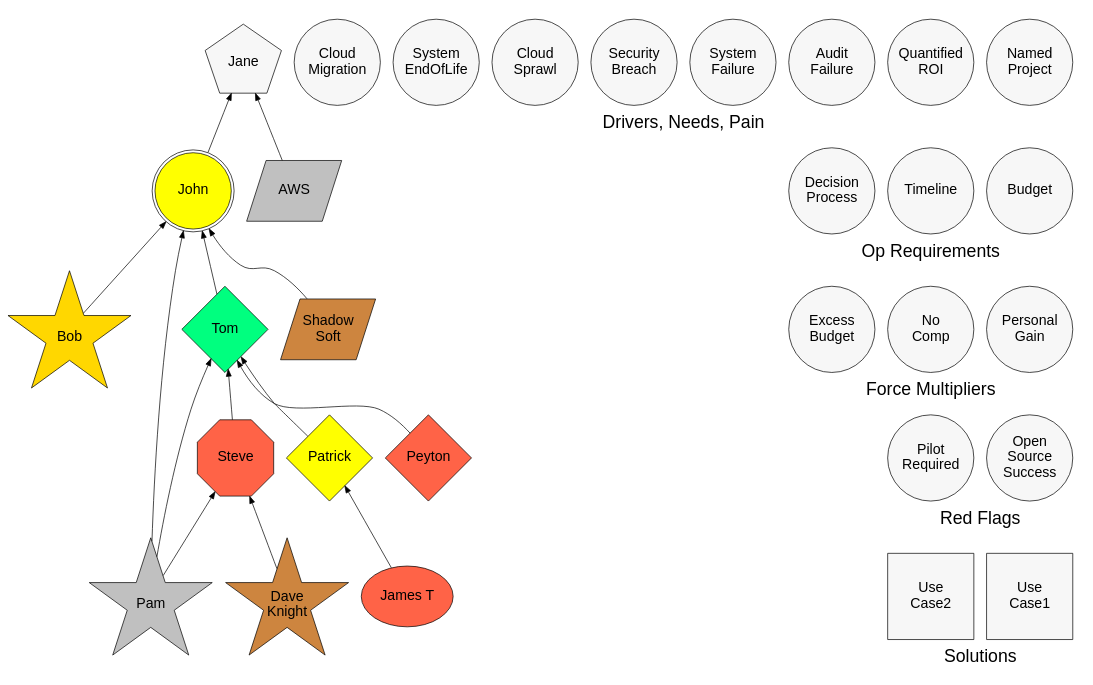
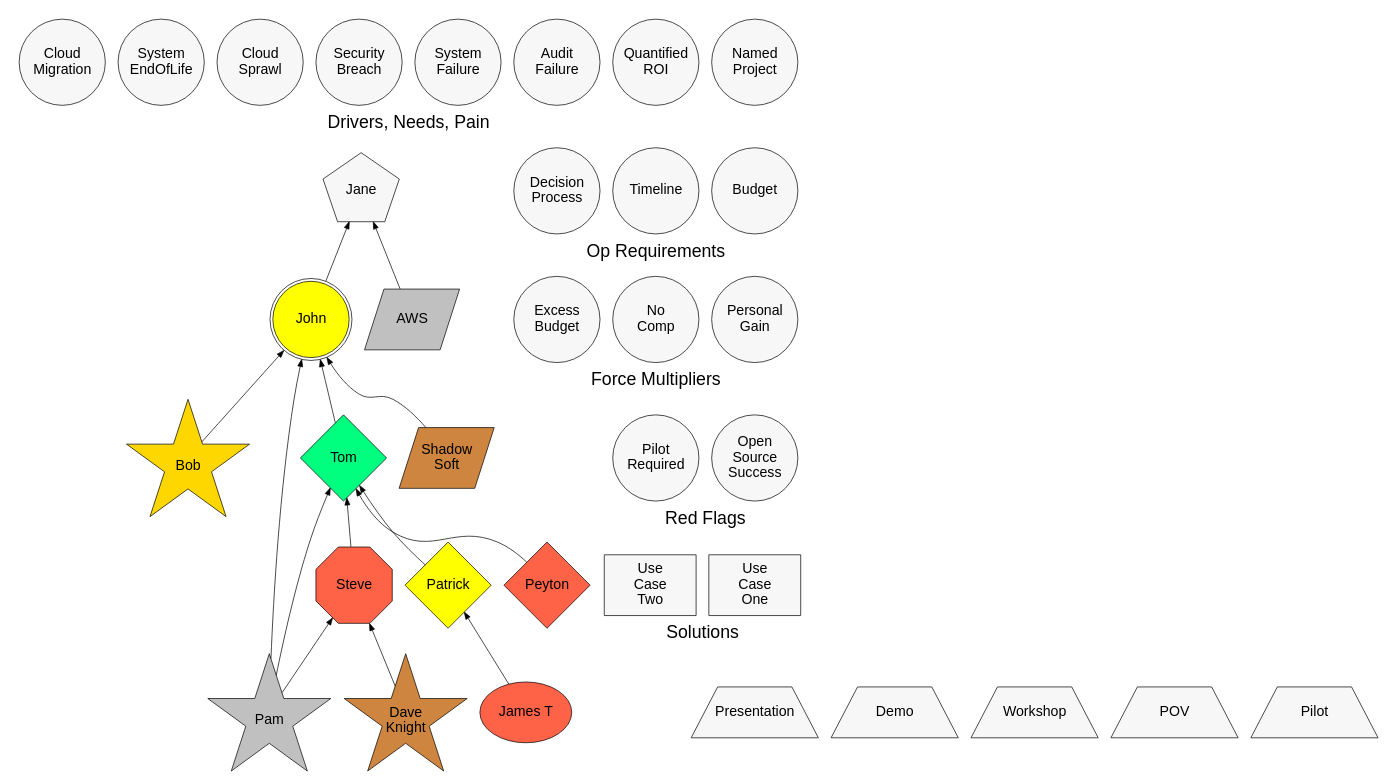
One commit to joshuaNjordan85/SouthStrategicOps changed the diagram in example.dot. Above: the diagram before and after it, drawn with Graphviz.

Commit message:
Org and influence only example

```diff
--- a/example.dot
+++ b/example.dot
@@ -97,10 +97,135 @@
 AWS [label="AWS", fillcolor=silver]
 ShadowSoft [label="Shadow\nSoft", fillcolor=peru]
 
+//
+// Sale Indicators
+//
+
+// Colors:
+//    For all sales indicators other than red flags:
+//    True: springgreen 
+//    False: grey97 
+//    For red flags:
+//    True: tomato 
+//    False: grey97 
+  
+
+subgraph cluster_advantages {
+  // Colors: 
+  label = "Force Multipliers"
+  node [shape=circle, width=1.7, height=1.7]
+
+  PersonalGain [label="Personal\nGain", fillcolor=grey97] // Seeking career advancement, or trying to save job 
+  NoComp [label="No\nComp", fillcolor=grey97]       // No external competition or RFP
+  ExcessBudget [label="Excess\nBudget", fillcolor=grey97] // Use it or lose it
+  {rank=same PersonalGain NoComp ExcessBudget}
+}
+
+subgraph cluster_redflags {
+  // Colors: 
+  label = "Red Flags"
+  node [shape=circle, width=1.7, height=1.7]
+
+  OSS [label="Open\nSource\nSuccess"] 
+  OnPrem [label="Pilot\nRequired"] 
+  {rank=same "OSS" "OnPrem"}
+}
+
+
+subgraph cluster_tablestakes {
+  label = "Op Requirements"
+  node [shape=circle, width=1.7, height=1.7]
+
+  // BanT
+  // The "a" are the executive and buyer nodes.
+  // The "n" are the various Drivers, Needs and Pain nodes. 
+  Budget 
+  Timeline
+
+  // meDDic (Decision criteria and process)
+  // The "e" is the buyer node. The "c" is the champion node.
+  // The "m" is the Quantified ROI (money made or saved) 
+  // The "i" are the various Drivers, Needs and Pain nodes 
+  DecisionProcess [label="Decision\nProcess"]
+  {rank=same Budget Timeline DecisionProcess}
+}
+
+subgraph cluster_needs {
+  label = "Drivers, Needs, Pain"
+  node [shape=circle, width=1.7, height=1.7]
+
+  // Business Drivers  BANT needs / MEDDIC pain
+  NamedProject [label="Named\nProject"] // This means there is a planned business initiative
+  QuantifiedROI [label="Quantified\nROI"]
+  AuditFailure [label="Audit\nFailure"]
+  SystemFailure [label="System\nFailure"]
+  SecurityBreach [label="Security\nBreach"]
+  CloudSprawl [label="Cloud\nSprawl"] 
+  SystemEndOfLife [label="System\nEndOfLife"] 
+  CloudMigration [label="Cloud\nMigration"]
+  {rank=same "NamedProject" "AuditFailure" "SystemFailure" "SecurityBreach" "CloudSprawl" "SystemEndOfLife" "CloudMigration"}
+}
+
+//
+// Solutions 
+//
+
+subgraph cluster_solutions {
+  // Use "UseCase<#>" convention!
+  label = "Solutions"
+  node [shape=box]
+
+  UseCase1 [label="Use\nCase\nOne"] 
+  UseCase2 [label="Use\nCase\nTwo"] 
+  {rank=same "UseCase1" "UseCase2"} 
+}
+
+//
+// SE Activities
+//
+subgraph se_activities {
+  label = "SE Activities"
+  node [shape=trapezium, width=2.5, height=1.0]
+
+  Presentation [label="Presentation"] 
+  Demo [label="Demo"] 
+  Workshop [label="Workshop"] 
+  POV [label="POV"] 
+  Pilot [label="Pilot"] 
+  {rank=same Presentation Demo Workshop POV Pilot} 
+}
+
+ 
+
+//
+// Rank Config
+// These edges are invisible. Pick first node in a rank, and 
+// tie it to the first node in another rank to force a hierarchy
+//
+
+edge [style=invis]
+
+// Rank 1 - Drivers/Needs/Pains
+Budget -> NamedProject
+
+// Rank 2 - Opportunity Requirements
+PersonalGain -> Budget
+
+// Rank 3 - Force Multipliers
+OSS -> PersonalGain
+
+// Rank 4 - Red flags
+UseCase1 -> OSS
+
+// Rank 5 - Solutions
+// Rank N - SE Activities
+Presentation -> UseCase1
+
 
 //
 // Influence
 //
+edge [style=solid]
 
 JohnSmith -> JaneSmith
 AWS -> JaneSmith
@@ -123,108 +248,19 @@
 //
 // Intelligence
 //
-
-edge [style=invis]
-
+edge [style=dashed]
+/*
+BobSmith -> DecisionProcess
+BobSmith -> Budget 
+JohnSmith -> Budget
+*/
 
 //
-// Sale Indicators
+// Activity 
 //
+edge [style=dashed]
 
-node [shape=circle, width=1.7, height=1.7]
-// Colors:
-//    For all sales indicators other than red flags:
-//    True: springgreen 
-//    False: grey97 
-//    For red flags:
-//    True: tomato 
-//    False: grey97 
-  
-
-subgraph cluster_advantages {
-  // Colors: 
-  label = "Force Multipliers"
-
-  PersonalGain [label="Personal\nGain", fillcolor=grey97] // Seeking career advancement, or trying to save job 
-  NoComp [label="No\nComp", fillcolor=grey97]       // No external competition or RFP
-  ExcessBudget [label="Excess\nBudget", fillcolor=grey97] // Use it or lose it
-  {rank=same PersonalGain NoComp ExcessBudget}
+/*
+Presentation -> DaveKnight 
+*/
 }
-
-subgraph cluster_redflags {
-  // Colors: 
-  label = "Red Flags"
-  OSS [label="Open\nSource\nSuccess"] 
-  Pilot [label="Pilot\nRequired"] 
-  {rank=same "OSS" "Pilot"}
-}
-
-
-subgraph cluster_tablestakes {
-  label = "Op Requirements"
-
-  // BanT
-  // The "a" are the executive and buyer nodes.
-  // The "n" are the various Drivers, Needs and Pain nodes. 
-  Budget 
-  Timeline
-
-  // meDDic (Decision criteria and process)
-  // The "e" is the buyer node. The "c" is the champion node.
-  // The "m" is the Quantified ROI (money made or saved) 
-  // The "i" are the various Drivers, Needs and Pain nodes 
-  DecisionProcess [label="Decision\nProcess"]
-  {rank=same Budget Timeline DecisionProcess}
-}
-
-subgraph cluster_needs {
-  label = "Drivers, Needs, Pain"
-  // Business Drivers  BANT needs / MEDDIC pain
-  NamedProject [label="Named\nProject"] // This means there is a planned business initiative
-  QuantifiedROI [label="Quantified\nROI"]
-  AuditFailure [label="Audit\nFailure"]
-  SystemFailure [label="System\nFailure"]
-  SecurityBreach [label="Security\nBreach"]
-  CloudSprawl [label="Cloud\nSprawl"] 
-  SystemEndOfLife [label="System\nEndOfLife"] 
-  CloudMigration [label="Cloud\nMigration"]
-  {rank=same "NamedProject" "AuditFailure" "SystemFailure" "SecurityBreach" "CloudSprawl" "SystemEndOfLife" "CloudMigration"}
-}
-
-//
-// Solutions 
-//
-
-node [shape=box]
-subgraph cluster_solutions {
-  label = "Solutions"
-  UseCase1 [label="Use\nCase1"] 
-  UseCase2 [label="Use\nCase2"] 
-  {rank=same "UseCase1" "UseCase2"} 
-}
- 
-
-//
-// Rank Config
-// These edges are invisible. Pick first node in a rank, and 
-// tie it to the first node in another rank to force a hierarchy
-//
-
-edge [style=invis]
-
-// Rank 1 - Drivers/Needs/Pains
-Budget -> NamedProject
-
-// Rank 2 - Opportunity Requirements
-
-PersonalGain -> Budget
-
-// Rank 3 - Force Multipliers
-
-OSS -> PersonalGain
-
-// Rank 4 - Red flags
-
-UseCase1 -> OSS
-
-}
```
